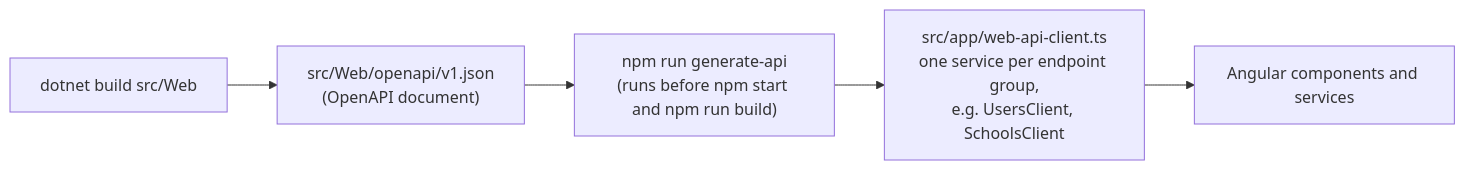
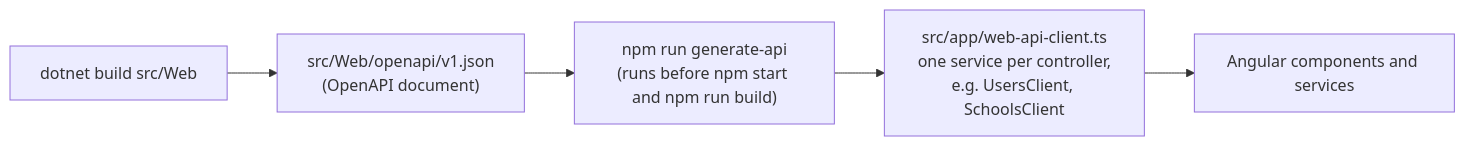
Before and after one commit to ahmedshahjr/Education-Portal: diagram 18 of 22 in README.md, drawn with Mermaid. The commit also changed other lines of this file and 409 other files, not shown here.

````diff
--- a/README.md
+++ b/README.md
@@ -834,7 +835,7 @@
 ```mermaid
 flowchart LR
     build["dotnet build src/Web"] --> doc["src/Web/openapi/v1.json<br/>(OpenAPI document)"]
     doc --> gen["npm run generate-api<br/>(runs before npm start and npm run build)"]
-    gen --> client["src/app/web-api-client.ts<br/>one service per endpoint group,<br/>e.g. UsersClient, SchoolsClient"]
+    gen --> client["src/app/web-api-client.ts<br/>one service per controller,<br/>e.g. UsersClient, SchoolsClient"]
     client --> comp["Angular components and services"]
 ```
````
